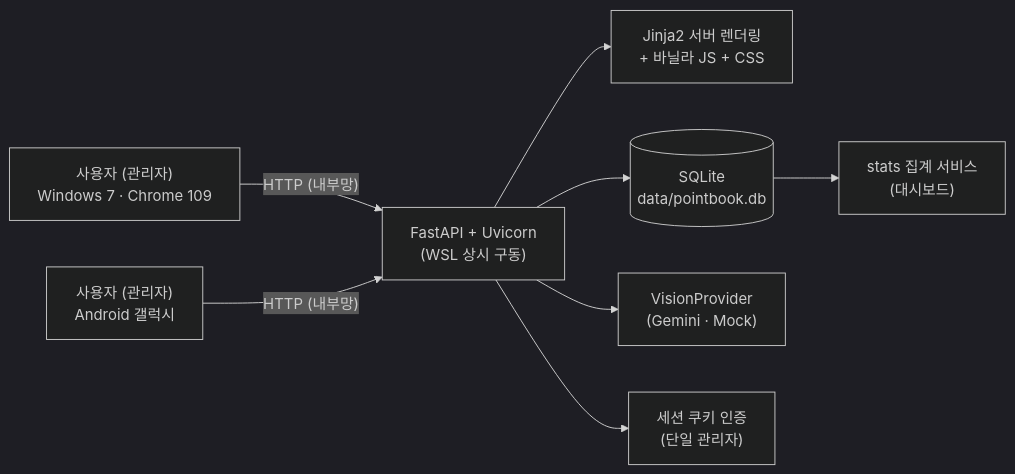
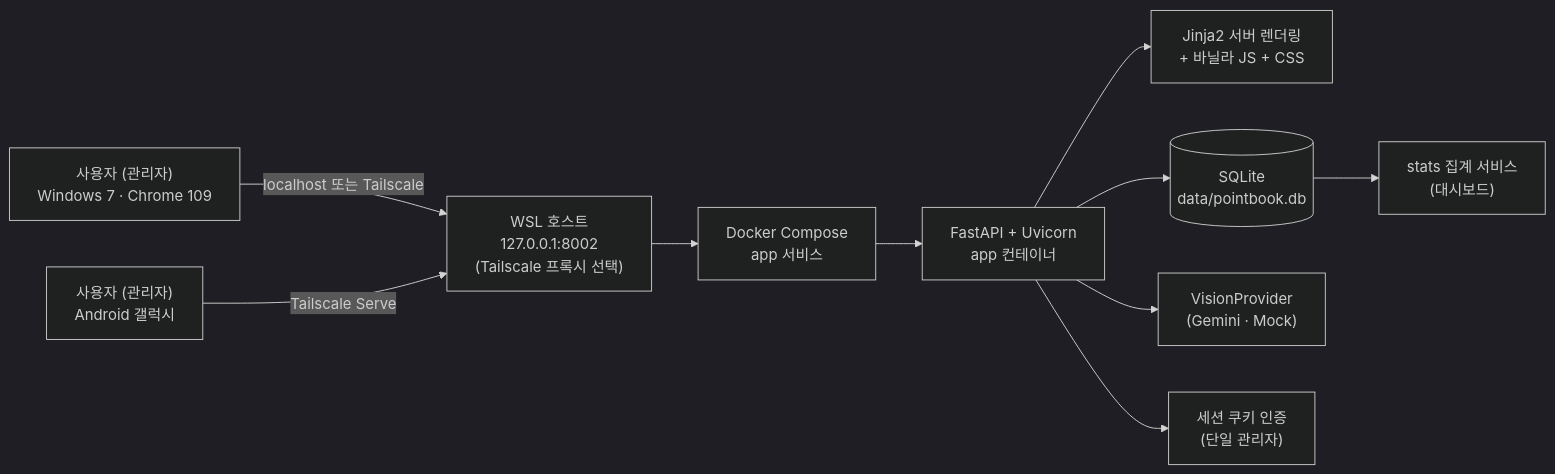
One commit to jihoon22-lee/PointBook changed the first of 9 diagrams in docs/architecture.md. Above: the diagram before and after it, drawn with Mermaid (dark theme). The commit also changed other lines of this file and 17 other files, not shown here.

First line of the commit message:
feat: Docker Compose 운영 전환 (#44)

````diff
--- a/docs/architecture.md
+++ b/docs/architecture.md
@@ -8,13 +8,15 @@
 ```mermaid
 flowchart LR
     U1["사용자 (관리자)<br/>Windows 7 · Chrome 109"]
     U2["사용자 (관리자)<br/>Android 갤럭시"]
-    U1 -->|"HTTP (내부망)"| S
-    U2 -->|"HTTP (내부망)"| S
-    S["FastAPI + Uvicorn<br/>(WSL 상시 구동)"]
+    U1 -->|"localhost 또는 Tailscale"| H
+    U2 -->|"Tailscale Serve"| H
+    H["WSL 호스트<br/>127.0.0.1:8002<br/>(Tailscale 프록시 선택)"] --> D
+    D["Docker Compose<br/>app 서비스"] --> S
+    S["FastAPI + Uvicorn<br/>app 컨테이너"]
     S --> T["Jinja2 서버 렌더링<br/>+ 바닐라 JS + CSS"]
     S --> DB[("SQLite<br/>data/pointbook.db")]
     S --> AI["VisionProvider<br/>(Gemini · Mock)"]
     S --> AUTH["세션 쿠키 인증<br/>(단일 관리자)"]
     DB --> STATS["stats 집계 서비스<br/>(대시보드)"]
 ```
````
